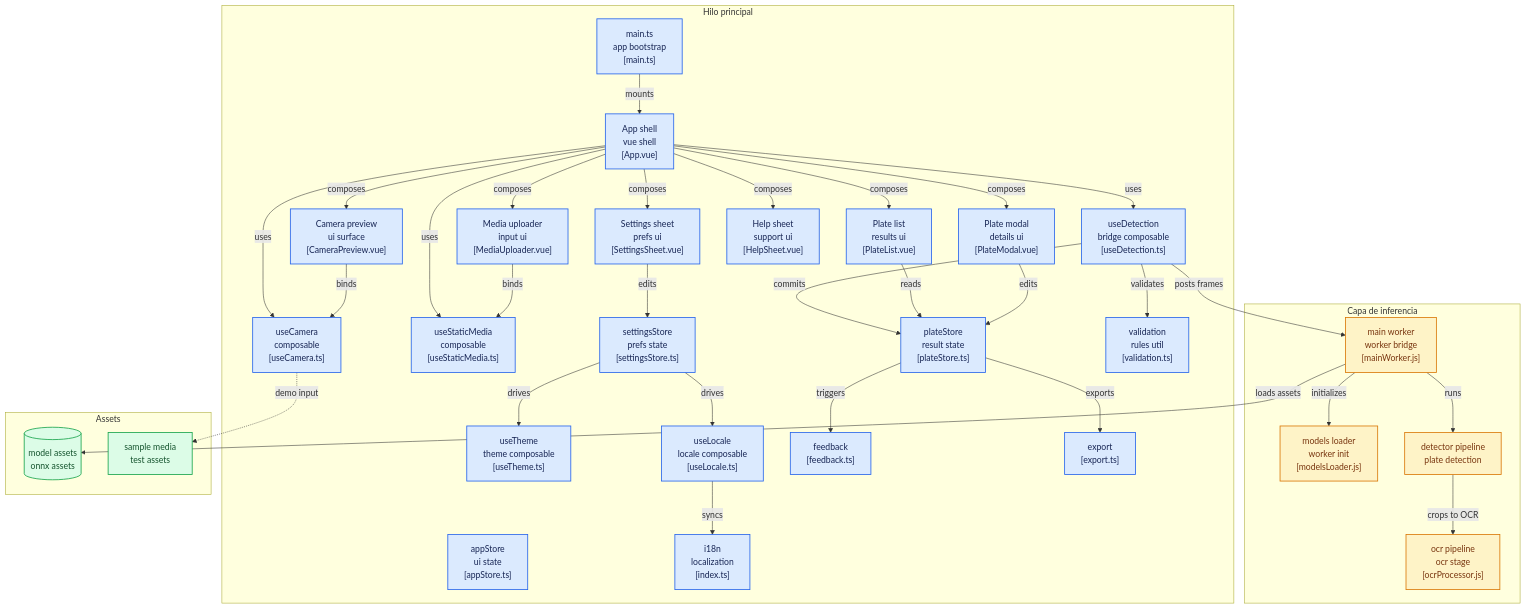
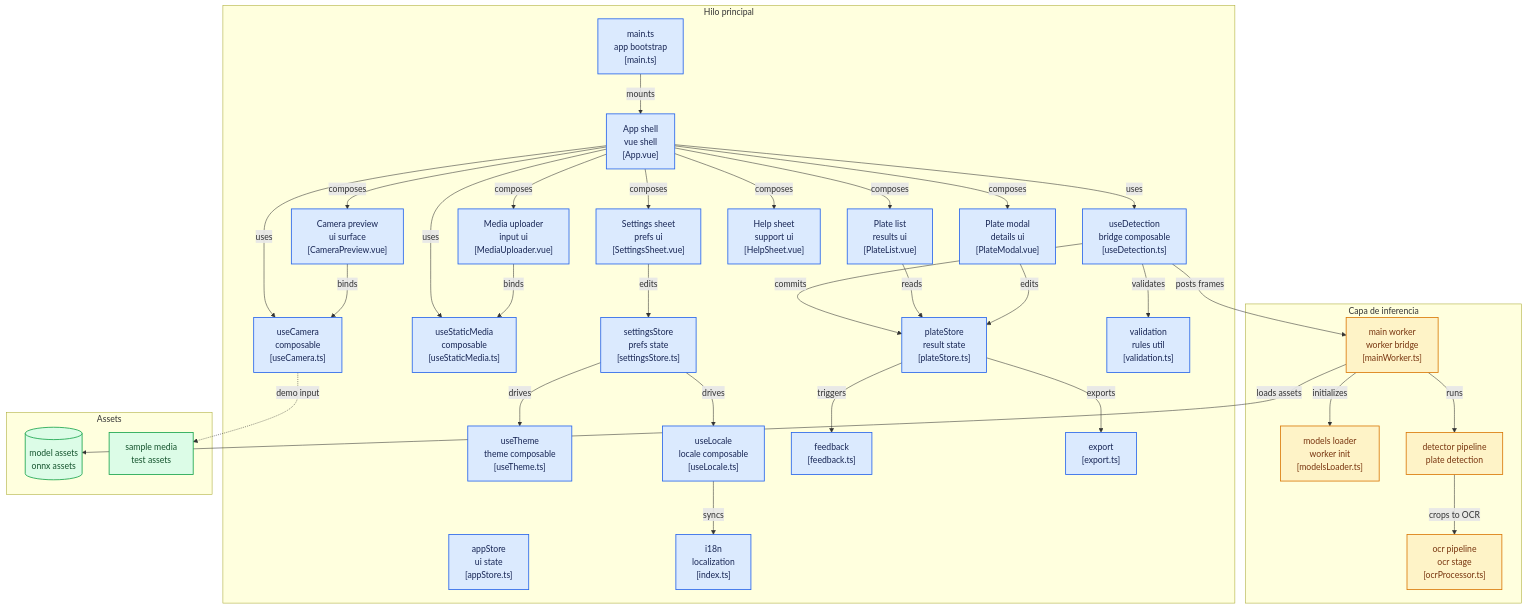
The diagram in README.es.md (asiercamara/alpr-vue), drawn with Mermaid before and after one commit. The commit also changed other lines of this file and 43 other files, not shown here.

```diff
--- a/README.es.md
+++ b/README.es.md
@@ -247,10 +257,10 @@
 end
 
 subgraph group_worker["Capa de inferencia"]
-  node_main_worker["main worker<br/>worker bridge<br/>[mainWorker.js]"]
-  node_models_loader["models loader<br/>worker init<br/>[modelsLoader.js]"]
+  node_main_worker["main worker<br/>worker bridge<br/>[mainWorker.ts]"]
+  node_models_loader["models loader<br/>worker init<br/>[modelsLoader.ts]"]
   node_detector_pipeline["detector pipeline<br/>plate detection"]
-  node_ocr_pipeline["ocr pipeline<br/>ocr stage<br/>[ocrProcessor.js]"]
+  node_ocr_pipeline["ocr pipeline<br/>ocr stage<br/>[ocrProcessor.ts]"]
 end
 
 subgraph group_assets["Assets"]
@@ -307,10 +317,10 @@
 click node_validation "https://github.com/asiercamara/alpr-vue/blob/main/src/utils/validation.ts"
 click node_feedback "https://github.com/asiercamara/alpr-vue/blob/main/src/utils/feedback.ts"
 click node_export_csv "https://github.com/asiercamara/alpr-vue/blob/main/src/utils/export.ts"
-click node_main_worker "https://github.com/asiercamara/alpr-vue/blob/main/src/workers/mainWorker.js"
-click node_models_loader "https://github.com/asiercamara/alpr-vue/blob/main/src/workers/modelsLoader.js"
-click node_detector_pipeline "https://github.com/asiercamara/alpr-vue/blob/main/src/workers/detector/detector/detectionProcessor.js"
-click node_ocr_pipeline "https://github.com/asiercamara/alpr-vue/blob/main/src/workers/ocr/ocr/ocrProcessor.js"
+click node_main_worker "https://github.com/asiercamara/alpr-vue/blob/main/src/workers/mainWorker.ts"
+click node_models_loader "https://github.com/asiercamara/alpr-vue/blob/main/src/workers/modelsLoader.ts"
+click node_detector_pipeline "https://github.com/asiercamara/alpr-vue/blob/main/src/workers/detector/detector/detectionProcessor.ts"
+click node_ocr_pipeline "https://github.com/asiercamara/alpr-vue/blob/main/src/workers/ocr/ocr/ocrProcessor.ts"
 click node_models_bundle "https://github.com/asiercamara/alpr-vue/tree/main/public/models"
 click node_sample_media "https://github.com/asiercamara/alpr-vue/tree/main/public/test"
 
```
